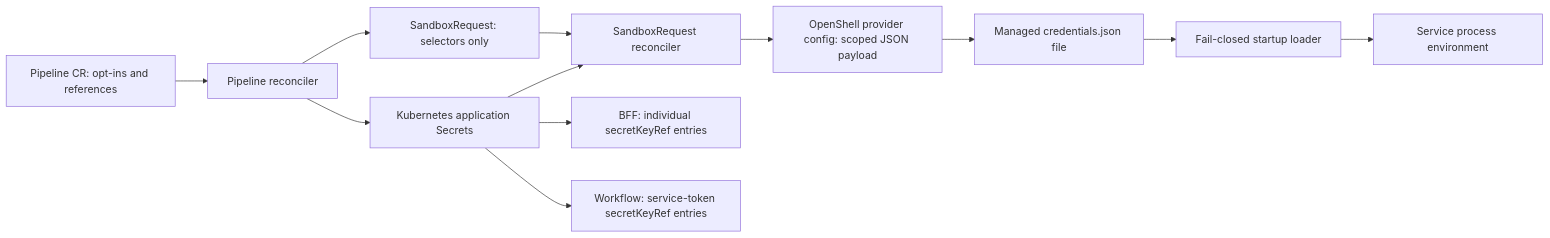
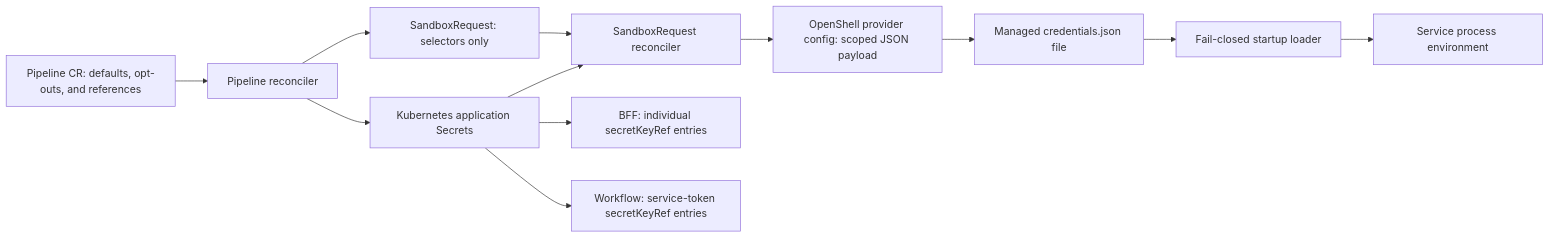
The diagram in carewright-operator/docs/managed-application-security.md (jaideepr97/cpg-to-acp), drawn with Mermaid before and after one commit. The commit also changed other lines of this file and 15 other files, not shown here.

````diff
--- a/carewright-operator/docs/managed-application-security.md
+++ b/carewright-operator/docs/managed-application-security.md
@@ -84,14 +113,14 @@
 ```mermaid
 flowchart LR
-    CR[Pipeline CR: opt-ins and references] --> OP[Pipeline reconciler]
+    CR[Pipeline CR: defaults, opt-outs, and references] --> OP[Pipeline reconciler]
     OP --> KS[Kubernetes application Secrets]
     OP --> SR[SandboxRequest: selectors only]
     KS --> SC[SandboxRequest reconciler]
     SR --> SC
     SC --> PC[OpenShell provider config: scoped JSON payload]
     PC --> VF[Managed credentials.json file]
     VF --> LOADER[Fail-closed startup loader]
     LOADER --> APP[Service process environment]
     KS --> BFF[BFF: individual secretKeyRef entries]
     KS --> WF[Workflow: service-token secretKeyRef entries]
 ```
````
